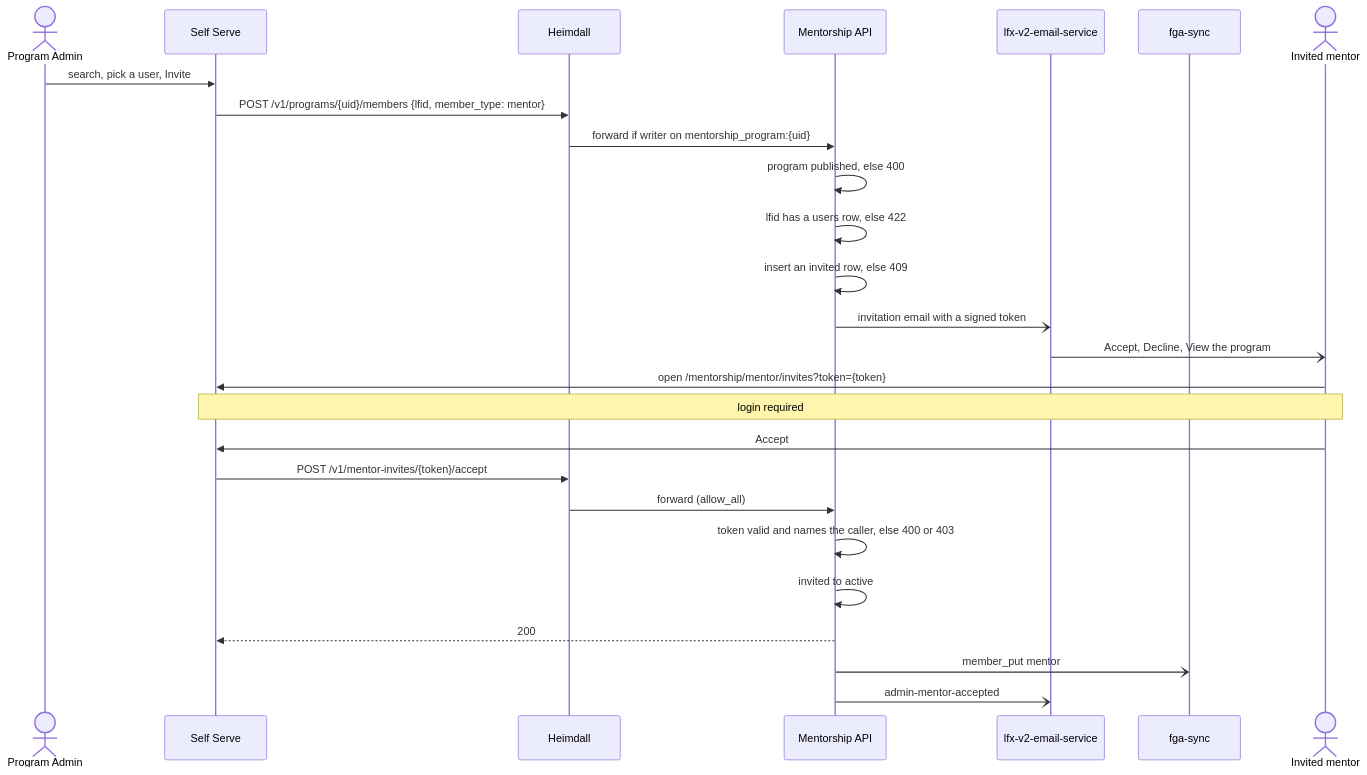
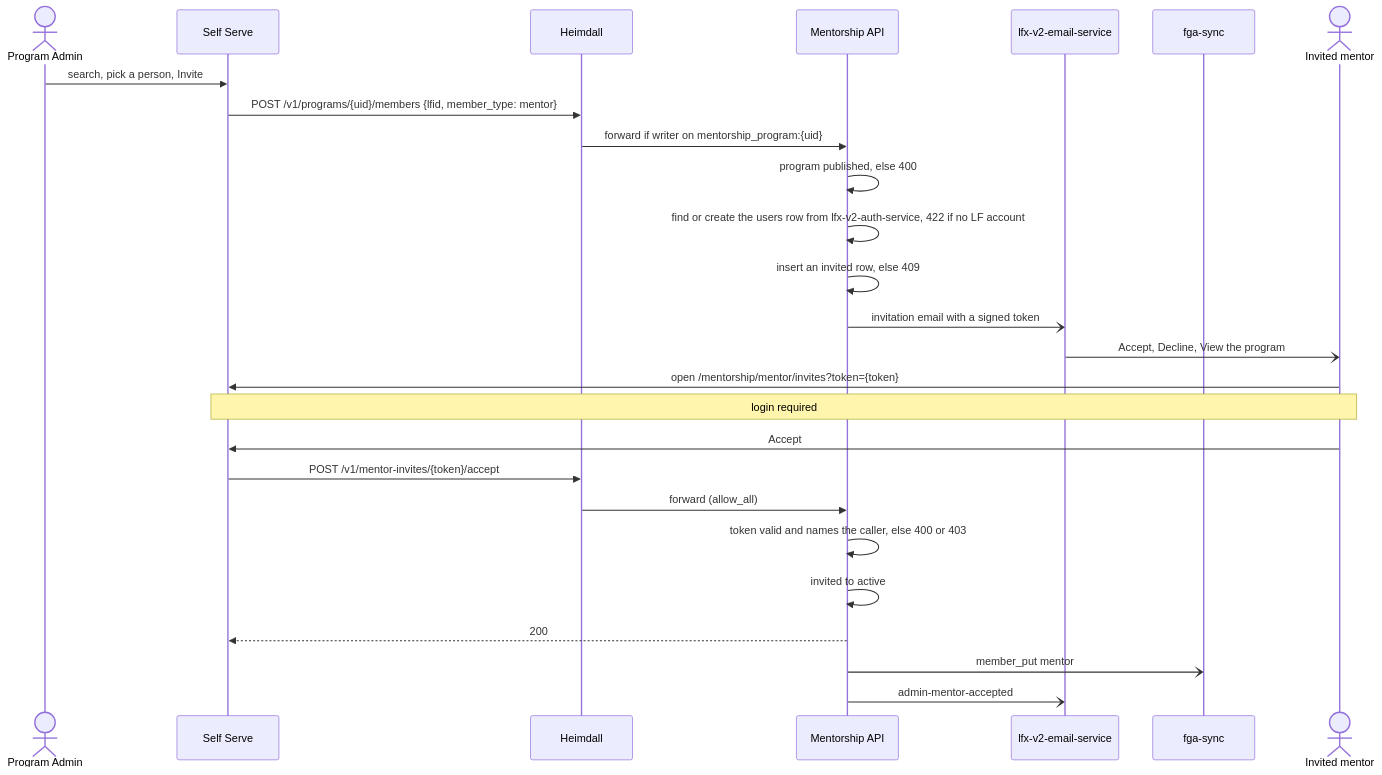
The first of 2 diagrams in docs/rewrite/08-mentor-invitations.md (linuxfoundation/lfx-mentorship), drawn with Mermaid before and after one commit. The commit also changed other lines of this file, not shown here.

````diff
--- a/docs/rewrite/08-mentor-invitations.md
+++ b/docs/rewrite/08-mentor-invitations.md
@@ -80,29 +80,29 @@
 ```mermaid
 sequenceDiagram
     actor PA as Program Admin
     participant SS as Self Serve
     participant H as Heimdall
     participant API as Mentorship API
     participant E as lfx-v2-email-service
     participant S as fga-sync
     actor M as Invited mentor
 
-    PA->>SS: search, pick a user, Invite
+    PA->>SS: search, pick a person, Invite
     SS->>H: POST /v1/programs/{uid}/members {lfid, member_type: mentor}
     H->>API: forward if writer on mentorship_program:{uid}
     API->>API: program published, else 400
-    API->>API: lfid has a users row, else 422
+    API->>API: find or create the users row from lfx-v2-auth-service, 422 if no LF account
     API->>API: insert an invited row, else 409
     API-)E: invitation email with a signed token
     E-)M: Accept, Decline, View the program
     M->>SS: open /mentorship/mentor/invites?token={token}
     Note over M,SS: login required
     M->>SS: Accept
     SS->>H: POST /v1/mentor-invites/{token}/accept
     H->>API: forward (allow_all)
     API->>API: token valid and names the caller, else 400 or 403
     API->>API: invited to active
     API-->>SS: 200
     API-)S: member_put mentor
     API-)E: admin-mentor-accepted
 ```
````
